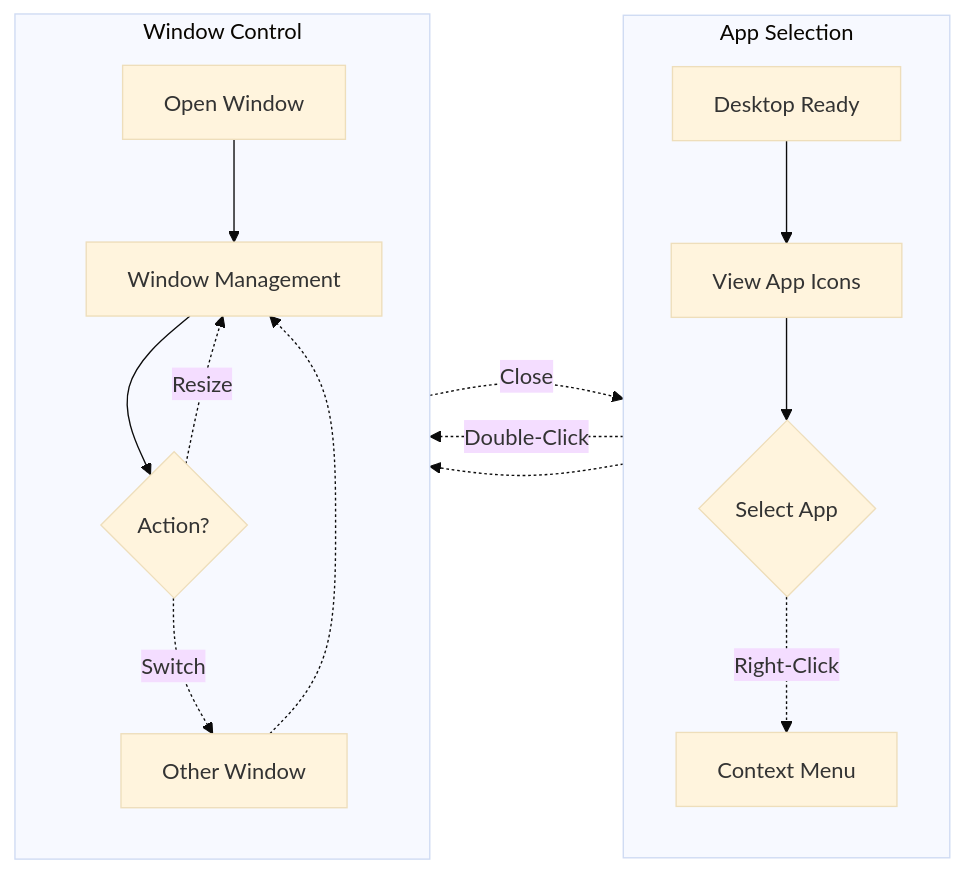
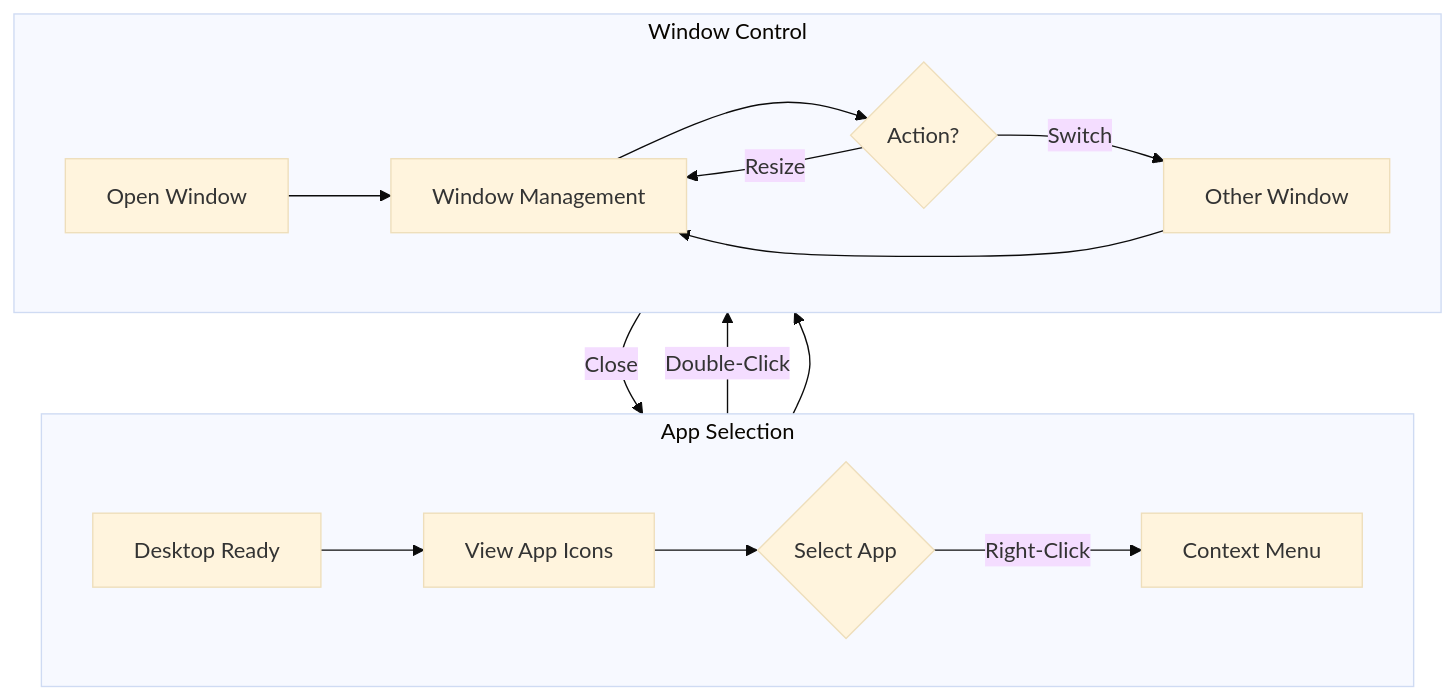
One commit to RoundRobinHood/cogniflight-cloud changed the second of 10 diagrams in docs/SEN3781_Assignment4_Information_Architecture_Report.md. Above: the diagram before and after it, drawn with Mermaid (base theme). The commit also changed other lines of this file, not shown here.

Commit message:
improved diagram readability

````diff
--- a/docs/SEN3781_Assignment4_Information_Architecture_Report.md
+++ b/docs/SEN3781_Assignment4_Information_Architecture_Report.md
@@ -174,20 +170,18 @@
 ```mermaid
-flowchart LR
+flowchart TB
     subgraph s1["App Selection"]
-        direction TB
-        A[Desktop Ready] --> B[View App Icons]
-        B --> C{Select App}
-        C -.->|Right-Click| E[Context Menu]
+        direction LR
+        A[Desktop Ready] --> B[View App Icons] --> C{Select App}
+        C -->|Right-Click| E[Context Menu]
     end
     subgraph s2["Window Control"]
-        direction TB
-        D[Open Window] --> F[Window Management]
-        F --> G{Action?}
-        G -.->|Switch| I[Other Window]
-        I -.-> F
-        G -.->|Resize| F
+        direction LR
+        D[Open Window] --> F[Window Management] --> G{Action?}
+        G -->|Switch| I[Other Window]
+        I --> F
+        G -->|Resize| F
     end
-    C -.->|Double-Click| D
-    E -.-> D
-    G -.->|Close| B
+    C -->|Double-Click| D
+    E --> D
+    G -->|Close| B
 ```
````
